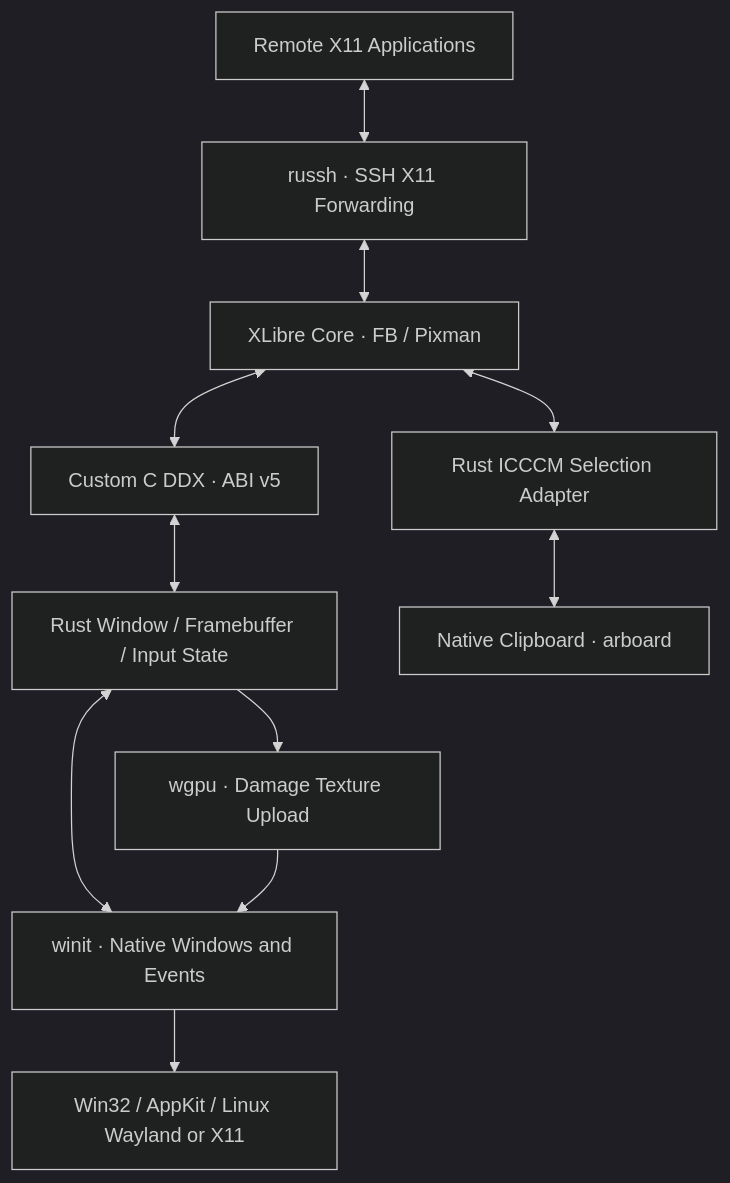
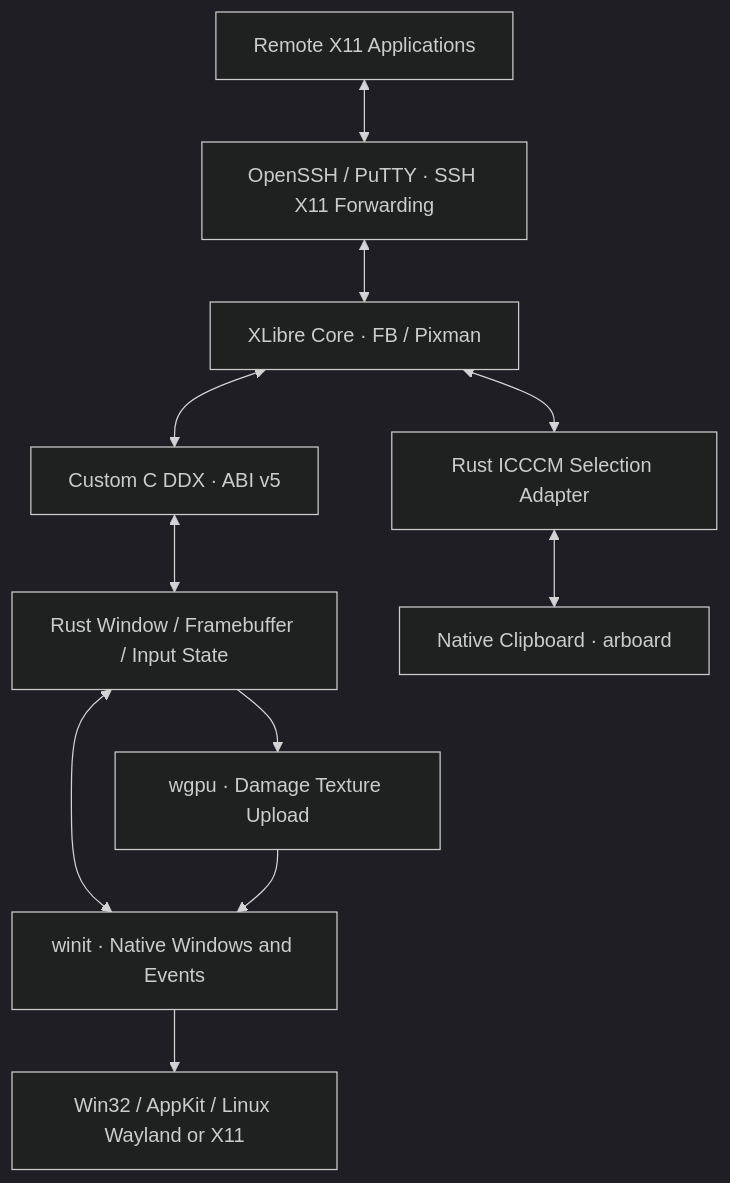
One commit to zephyraluco/WayX changed the diagram in docs/architecture.md. Above: the diagram before and after it, drawn with Mermaid (dark theme). The commit also changed other lines of this file and 22 other files, not shown here.

First line of the commit message:
refactor!: delegate SSH forwarding to external clients

````diff
--- a/docs/architecture.md
+++ b/docs/architecture.md
@@ -3,13 +3,13 @@
 ```mermaid
 flowchart TB
-  A[Remote X11 Applications] <--> B[russh · SSH X11 Forwarding]
+  A[Remote X11 Applications] <--> B[OpenSSH / PuTTY · SSH X11 Forwarding]
   B <--> C[XLibre Core · FB / Pixman]
   C <--> D[Custom C DDX · ABI v5]
   D <--> E[Rust Window / Framebuffer / Input State]
   E --> F[wgpu · Damage Texture Upload]
   E <--> G[winit · Native Windows and Events]
   F --> G
   C <--> H[Rust ICCCM Selection Adapter]
   H <--> I[Native Clipboard · arboard]
   G --> J[Win32 / AppKit / Linux Wayland or X11]
 ```
````
